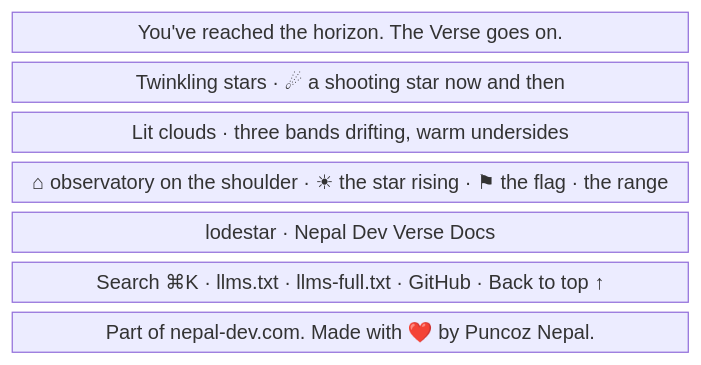
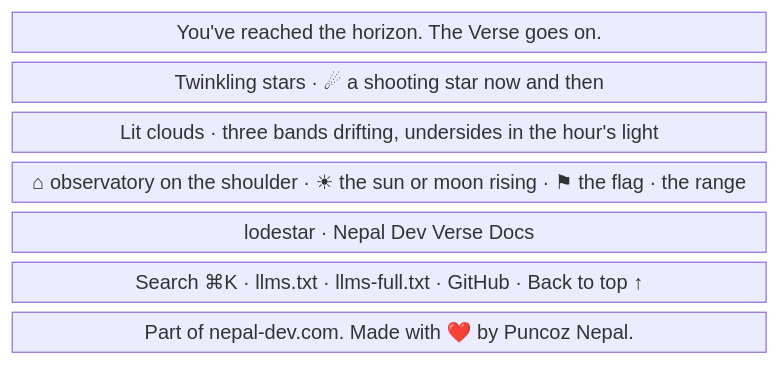
One commit to nepal-dev-com/docs.nepal-dev.com changed the second of 3 diagrams in content/docs/maintain/app-flow/living-horizon.mdx. Above: the diagram before and after it, drawn with Mermaid. The commit also changed other lines of this file and 35 other files, not shown here.

Commit message:
sun and moon position dynamic in horizon

````diff
--- a/content/docs/maintain/app-flow/living-horizon.mdx
+++ b/content/docs/maintain/app-flow/living-horizon.mdx
@@ -55,11 +56,11 @@
 ```mermaid
 block-beta
   columns 4
   closing["You've reached the horizon. The Verse goes on."]:4
   stars["Twinkling stars · ☄ a shooting star now and then"]:4
-  clouds["Lit clouds · three bands drifting, warm undersides"]:4
-  ridge["⌂ observatory on the shoulder · ☀ the star rising · ⚑ the flag · the range"]:4
+  clouds["Lit clouds · three bands drifting, undersides in the hour's light"]:4
+  ridge["⌂ observatory on the shoulder · ☀ the sun or moon rising · ⚑ the flag · the range"]:4
   planets["lodestar · Nepal Dev Verse Docs"]:4
   links["Search ⌘K · llms.txt · llms-full.txt · GitHub · Back to top ↑"]:4
   credit["Part of nepal-dev.com. Made with ❤️ by Puncoz Nepal."]:4
 ```
````
